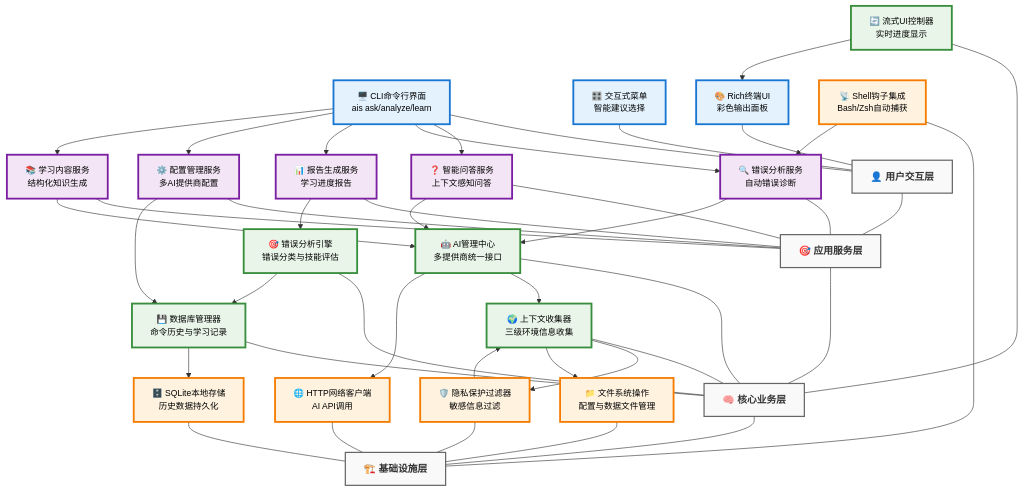
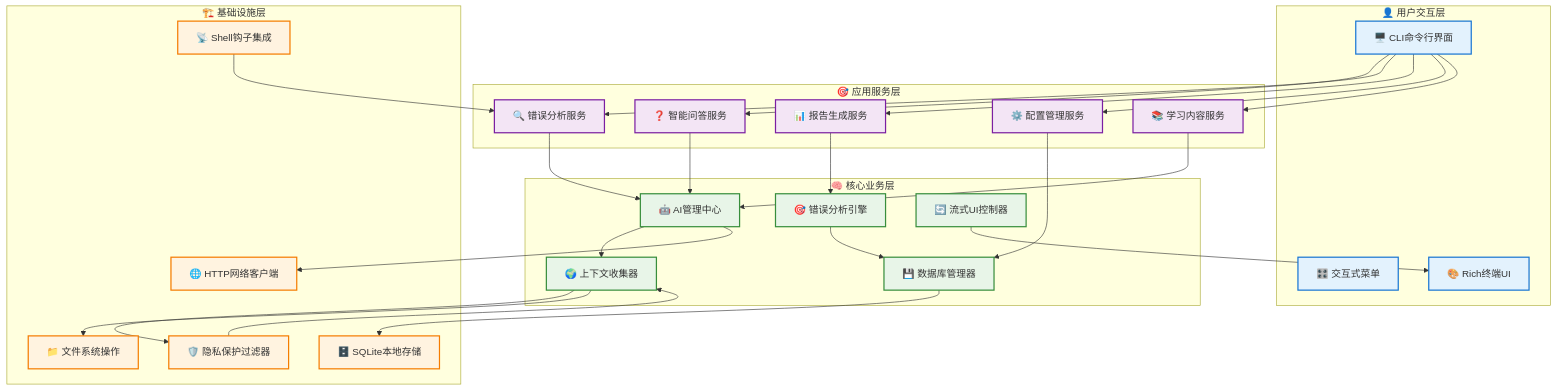
One commit to kangvcar/ais changed the first of 4 diagrams in docs/development/architecture.md. Above: the diagram before and after it, drawn with Mermaid. The commit also changed other lines of this file, not shown here.

Commit message:
fix: 重构系统架构图，解决显示问题和布局混乱
### 问题修复
- 🔧 **解决结构混乱**: 采用标准的subgraph分组结构
  * 使用graph TD替代flowchart TD，提供更稳定的渲染
  * 清晰的四层subgraph分组，避免复杂的连接线混乱

- 📝 **修复文字显示**: 移除换行符，确保节点标签完整显示
  * 删除<br/>标签，避免第二行文字被截断
  * 使用简洁明了的单行标签，提升可读性

- 🎨 **简化样式设计**:
  * 移除font-size等可能不兼容的样式属性
  * 使用2px边框替代3px，避免过粗的边框影响美观
  * 保持四层颜色编码：蓝、紫、绿、橙

### 功能说明
- 💡 **添加缩放说明**: 明确告知VitePress中Mermaid图表支持点击放大
  * 用户可以点击图表进入全屏模式
  * 解决图表显示过小的用户体验问题

### 架构清晰度
- 四层分层架构一目了然
- 组件间依赖关系清晰可见
- 数据流向从上到下自然流畅

````diff
--- a/docs/development/architecture.md
+++ b/docs/development/architecture.md
@@ -11,58 +11,36 @@
 ```mermaid
-flowchart TD
-    %% 用户交互层 - 水平排列
-    A1[🖥️ CLI命令行界面<br/>ais ask/analyze/learn]
-    A2[🎛️ 交互式菜单<br/>智能建议选择]
-    A3[🎨 Rich终端UI<br/>彩色输出面板]
+graph TD
+    subgraph User["👤 用户交互层"]
+        A1["🖥️ CLI命令行界面"]
+        A2["🎛️ 交互式菜单"]
+        A3["🎨 Rich终端UI"]
+    end
     
-    %% 分隔线
-    A1 --- LAYER1["👤 用户交互层"]
-    A2 --- LAYER1
-    A3 --- LAYER1
+    subgraph Service["🎯 应用服务层"]
+        B1["❓ 智能问答服务"]
+        B2["🔍 错误分析服务"]
+        B3["📊 报告生成服务"]
+        B4["⚙️ 配置管理服务"]
+        B5["📚 学习内容服务"]
+    end
     
-    %% 应用服务层 - 水平排列  
-    B1[❓ 智能问答服务<br/>上下文感知问答]
-    B2[🔍 错误分析服务<br/>自动错误诊断]
-    B3[📊 报告生成服务<br/>学习进度报告]
-    B4[⚙️ 配置管理服务<br/>多AI提供商配置]
-    B5[📚 学习内容服务<br/>结构化知识生成]
+    subgraph Core["🧠 核心业务层"]
+        C1["🤖 AI管理中心"]
+        C2["🌍 上下文收集器"]
+        C3["🎯 错误分析引擎"]
+        C4["💾 数据库管理器"]
+        C5["🔄 流式UI控制器"]
+    end
     
-    LAYER1 --- LAYER2["🎯 应用服务层"]
-    B1 --- LAYER2
-    B2 --- LAYER2
-    B3 --- LAYER2
-    B4 --- LAYER2
-    B5 --- LAYER2
+    subgraph Infra["🏗️ 基础设施层"]
+        D1["📡 Shell钩子集成"]
+        D2["📁 文件系统操作"]
+        D3["🌐 HTTP网络客户端"]
+        D4["🗄️ SQLite本地存储"]
+        D5["🛡️ 隐私保护过滤器"]
+    end
     
-    %% 核心业务层 - 水平排列
-    C1[🤖 AI管理中心<br/>多提供商统一接口]
-    C2[🌍 上下文收集器<br/>三级环境信息收集]
-    C3[🎯 错误分析引擎<br/>错误分类与技能评估]
-    C4[💾 数据库管理器<br/>命令历史与学习记录]
-    C5[🔄 流式UI控制器<br/>实时进度显示]
-    
-    LAYER2 --- LAYER3["🧠 核心业务层"]
-    C1 --- LAYER3
-    C2 --- LAYER3
-    C3 --- LAYER3
-    C4 --- LAYER3
-    C5 --- LAYER3
-    
-    %% 基础设施层 - 水平排列
-    D1[📡 Shell钩子集成<br/>Bash/Zsh自动捕获]
-    D2[📁 文件系统操作<br/>配置与数据文件管理]
-    D3[🌐 HTTP网络客户端<br/>AI API调用]
-    D4[🗄️ SQLite本地存储<br/>历史数据持久化]
-    D5[🛡️ 隐私保护过滤器<br/>敏感信息过滤]
-    
-    LAYER3 --- LAYER4["🏗️ 基础设施层"]
-    D1 --- LAYER4
-    D2 --- LAYER4
-    D3 --- LAYER4
-    D4 --- LAYER4
-    D5 --- LAYER4
-    
-    %% 主要数据流连接
+    %% 主要数据流
     A1 --> B1
     A1 --> B2
     A1 --> B3
@@ -86,16 +64,14 @@
     C4 --> D4
     D5 --> C2
     
-    %% 样式定义
-    classDef userLayer fill:#e3f2fd,stroke:#1976d2,stroke-width:3px,color:#000,font-size:14px
-    classDef serviceLayer fill:#f3e5f5,stroke:#7b1fa2,stroke-width:3px,color:#000,font-size:14px
-    classDef coreLayer fill:#e8f5e8,stroke:#388e3c,stroke-width:3px,color:#000,font-size:14px
-    classDef infraLayer fill:#fff3e0,stroke:#f57c00,stroke-width:3px,color:#000,font-size:14px
-    classDef layerLabel fill:#f9f9f9,stroke:#666,stroke-width:2px,color:#333,font-weight:bold
+    %% 样式
+    classDef userStyle fill:#e3f2fd,stroke:#1976d2,stroke-width:2px
+    classDef serviceStyle fill:#f3e5f5,stroke:#7b1fa2,stroke-width:2px
+    classDef coreStyle fill:#e8f5e8,stroke:#388e3c,stroke-width:2px
+    classDef infraStyle fill:#fff3e0,stroke:#f57c00,stroke-width:2px
     
-    class A1,A2,A3 userLayer
-    class B1,B2,B3,B4,B5 serviceLayer
-    class C1,C2,C3,C4,C5 coreLayer
-    class D1,D2,D3,D4,D5 infraLayer
-    class LAYER1,LAYER2,LAYER3,LAYER4 layerLabel
+    class A1,A2,A3 userStyle
+    class B1,B2,B3,B4,B5 serviceStyle
+    class C1,C2,C3,C4,C5 coreStyle
+    class D1,D2,D3,D4,D5 infraStyle
 ```
````
